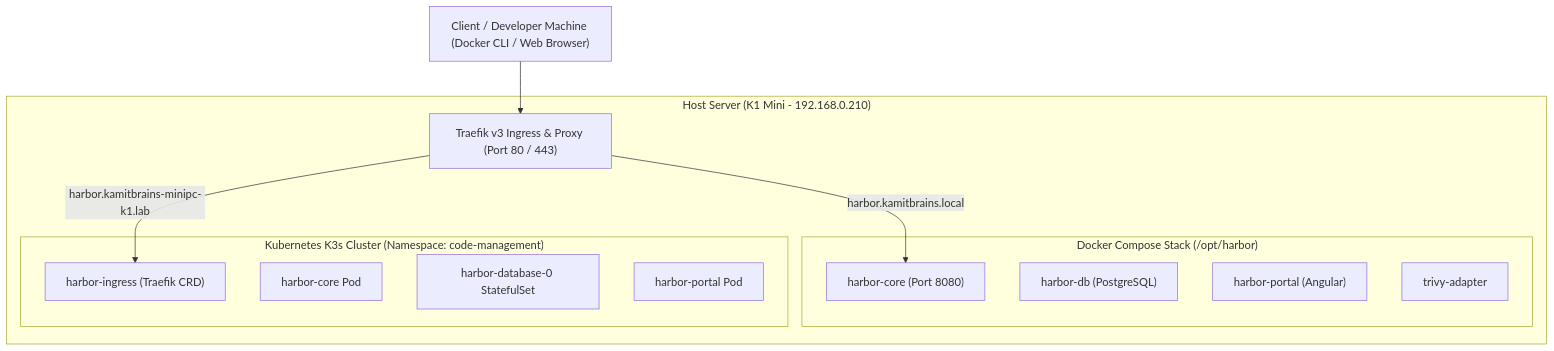
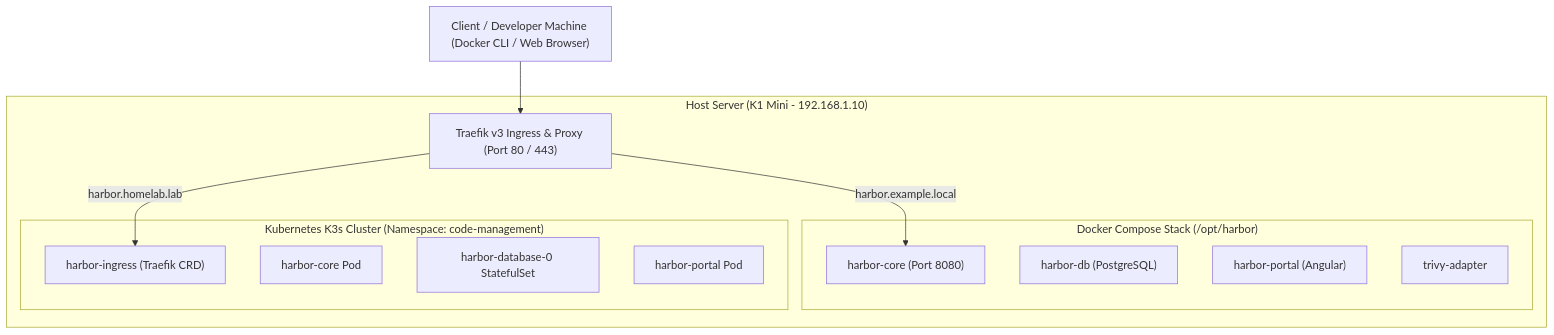
One commit to nkaurelien/docker-examples changed the diagram in docs/articles/harbor-dual-stack-k3s-docker-traefik.md. Above: the diagram before and after it, drawn with Mermaid. The commit also changed other lines of this file and 229 other files, not shown here.

````diff
--- a/docs/articles/harbor-dual-stack-k3s-docker-traefik.md
+++ b/docs/articles/harbor-dual-stack-k3s-docker-traefik.md
@@ -17,25 +17,25 @@
 ```mermaid
 flowchart TD
     Client["Client / Developer Machine (Docker CLI / Web Browser)"] --> Traefik["Traefik v3 Ingress & Proxy (Port 80 / 443)"]
     
-    subgraph K1_Mini_Host["Host Server (K1 Mini - 192.168.0.210)"]
+    subgraph K1_Mini_Host["Host Server (K1 Mini - 192.168.1.10)"]
         Traefik
         
         subgraph Docker_Compose_Stack["Docker Compose Stack (/opt/harbor)"]
             Harbor_Core_DC["harbor-core (Port 8080)"]
             Harbor_DB_DC["harbor-db (PostgreSQL)"]
             Harbor_Portal_DC["harbor-portal (Angular)"]
             Harbor_Trivy_DC["trivy-adapter"]
         end
         
         subgraph K3s_Cluster["Kubernetes K3s Cluster (Namespace: code-management)"]
             Harbor_Ingress_K8s["harbor-ingress (Traefik CRD)"]
             Harbor_Core_K8s["harbor-core Pod"]
             Harbor_DB_K8s["harbor-database-0 StatefulSet"]
             Harbor_Portal_K8s["harbor-portal Pod"]
         end
     end
 
-    Traefik -- "harbor.kamitbrains.local" --> Harbor_Core_DC
-    Traefik -- "harbor.kamitbrains-minipc-k1.lab" --> Harbor_Ingress_K8s
+    Traefik -- "harbor.example.local" --> Harbor_Core_DC
+    Traefik -- "harbor.homelab.lab" --> Harbor_Ingress_K8s
 ```
````
